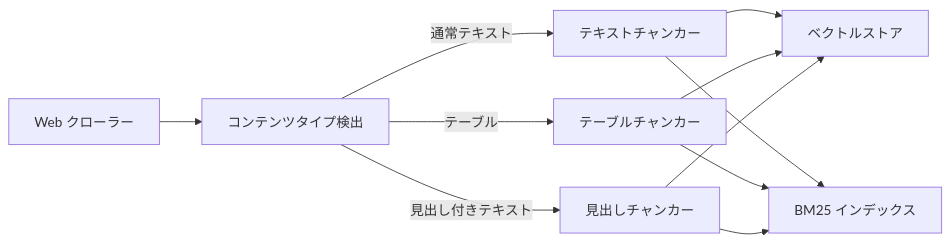
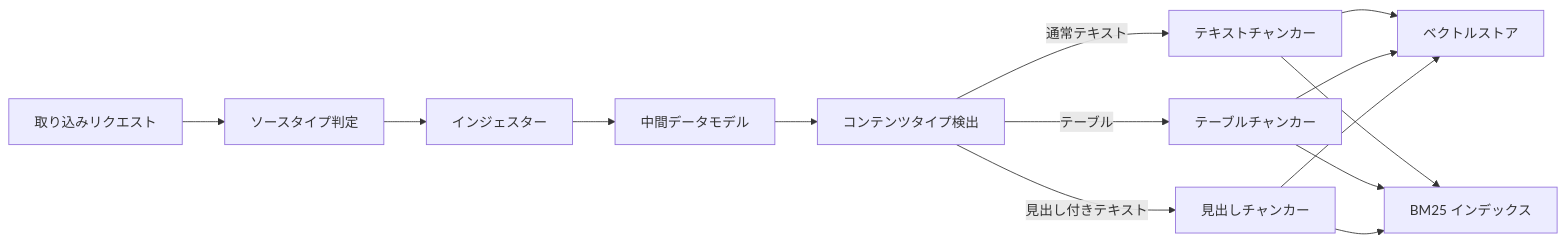
The second of 4 diagrams in docs/specs/rag-knowledge.md (becky3/rag-knowledge), drawn with Mermaid before and after one commit. The commit also changed other lines of this file, not shown here.

````diff
--- a/docs/specs/rag-knowledge.md
+++ b/docs/specs/rag-knowledge.md
@@ -108,13 +209,16 @@
 ```mermaid
 flowchart LR
-    CRAWL["Web クローラー"] --> DETECT["コンテンツタイプ検出"]
+    REQ["取り込みリクエスト"] --> ROUTE["ソースタイプ判定"]
+    ROUTE --> ING["インジェスター"]
+    ING --> IC["中間データモデル"]
+    IC --> DETECT["コンテンツタイプ検出"]
     DETECT -->|通常テキスト| CP["テキストチャンカー"]
     DETECT -->|テーブル| CT["テーブルチャンカー"]
     DETECT -->|見出し付きテキスト| CH["見出しチャンカー"]
     CP --> VS["ベクトルストア"]
     CT --> VS
     CH --> VS
     CP --> BM["BM25 インデックス"]
     CT --> BM
     CH --> BM
 ```
````
